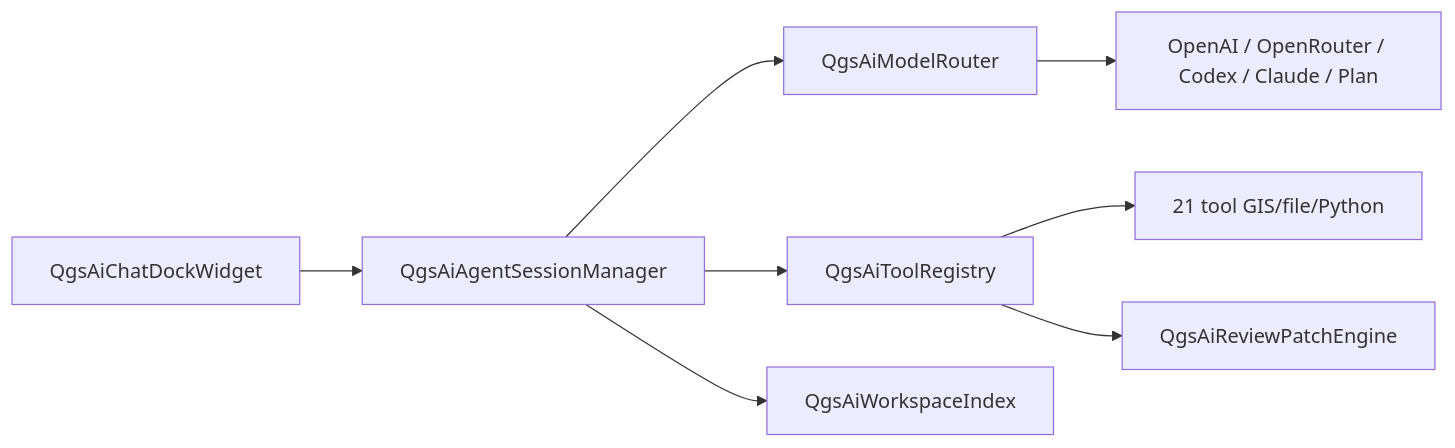
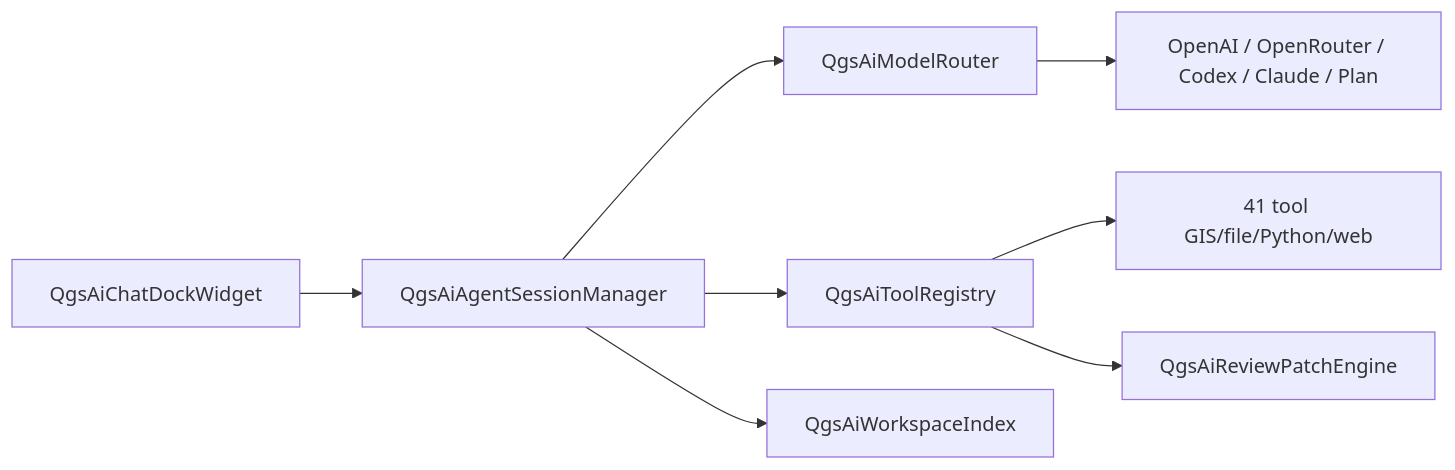
One commit to qgis/QGIS changed the diagram in ROADMAP.md. Above: the diagram before and after it, drawn with Mermaid. The commit also changed other lines of this file, not shown here.

````diff
--- a/ROADMAP.md
+++ b/ROADMAP.md
@@ -65,10 +64,10 @@
 ```mermaid
 flowchart LR
   UI[QgsAiChatDockWidget] --> SM[QgsAiAgentSessionManager]
   SM --> MR[QgsAiModelRouter]
   SM --> TR[QgsAiToolRegistry]
   SM --> WI[QgsAiWorkspaceIndex]
-  TR --> Tools["21 tool GIS/file/Python"]
+  TR --> Tools["41 tool GIS/file/Python/web"]
   TR --> RE[QgsAiReviewPatchEngine]
   MR --> P["OpenAI / OpenRouter / Codex / Claude / Plan"]
 ```
````
